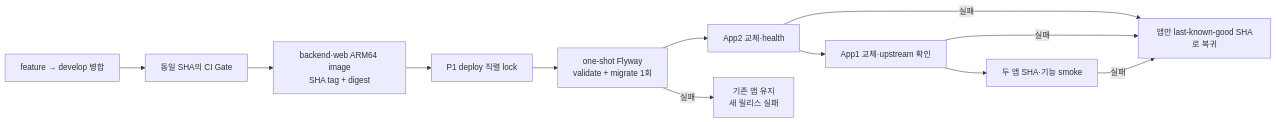
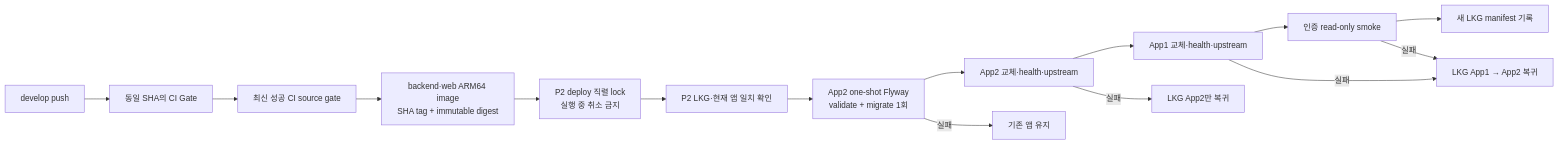
Before and after one commit to bamsongi-club/albam-mate: the diagram in docs/guides/CD_DEPLOYMENT.md, drawn with Mermaid. The commit also changed other lines of this file and 31 other files, not shown here.

````diff
--- a/docs/guides/CD_DEPLOYMENT.md
+++ b/docs/guides/CD_DEPLOYMENT.md
@@ -14,14 +14,17 @@
 ```mermaid
 flowchart LR
-    MERGE["feature → develop 병합"] --> CI["동일 SHA의 CI Gate"]
-    CI --> BUILD["backend·web ARM64 image\nSHA tag + digest"]
-    BUILD --> LOCK["P1 deploy 직렬 lock"]
-    LOCK --> MIGRATE["one-shot Flyway\nvalidate + migrate 1회"]
-    MIGRATE --> APP2["App2 교체·health"]
-    APP2 --> APP1["App1 교체·upstream 확인"]
-    APP1 --> SMOKE["두 앱 SHA·기능 smoke"]
-    MIGRATE -->|"실패"| KEEP["기존 앱 유지\n새 릴리스 실패"]
-    APP2 -->|"실패"| ROLLBACK["앱만 last-known-good SHA로 복귀"]
-    APP1 -->|"실패"| ROLLBACK
-    SMOKE -->|"실패"| ROLLBACK
+    PUSH["develop push"] --> CI["동일 SHA의 CI Gate"]
+    CI --> SOURCE["최신 성공 CI source gate"]
+    SOURCE --> BUILD["backend·web ARM64 image\nSHA tag + immutable digest"]
+    BUILD --> LOCK["P2 deploy 직렬 lock\n실행 중 취소 금지"]
+    LOCK --> PRECHECK["P2 LKG·현재 앱 일치 확인"]
+    PRECHECK --> MIGRATE["App2 one-shot Flyway\nvalidate + migrate 1회"]
+    MIGRATE --> APP2["App2 교체·health·upstream"]
+    APP2 --> APP1["App1 교체·health·upstream"]
+    APP1 --> SMOKE["인증 read-only smoke"]
+    SMOKE --> LKG["새 LKG manifest 기록"]
+    MIGRATE -->|"실패"| KEEP["기존 앱 유지"]
+    APP2 -->|"실패"| ROLLBACK["LKG App2만 복귀"]
+    APP1 -->|"실패"| ROLLBACKALL["LKG App1 → App2 복귀"]
+    SMOKE -->|"실패"| ROLLBACKALL
 ```
````
